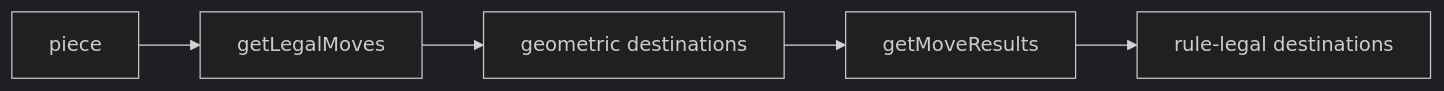
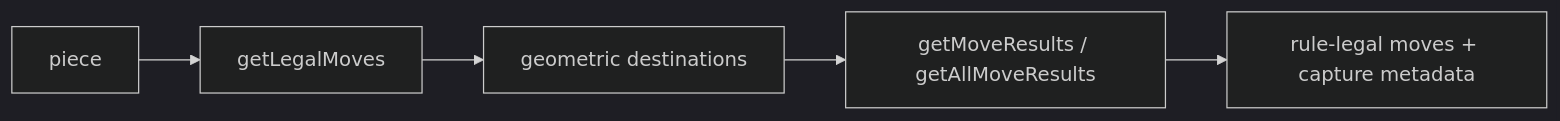
One commit to machxanht/Rek-Khmer-Chess changed the fourth of 7 diagrams in ENGINE_ARCHITECTURE_REK_KHMER.md. Above: the diagram before and after it, drawn with Mermaid (dark theme). The commit also changed other lines of this file and 7 other files, not shown here.

````diff
--- a/ENGINE_ARCHITECTURE_REK_KHMER.md
+++ b/ENGINE_ARCHITECTURE_REK_KHMER.md
@@ -208,7 +221,7 @@
 ```mermaid
 flowchart LR
     P[piece] --> GEO[getLegalMoves]
     GEO --> G[geometric destinations]
-    G --> RULE[getMoveResults]
-    RULE --> R[rule-legal destinations]
+    G --> RULE[getMoveResults / getAllMoveResults]
+    RULE --> R[rule-legal moves + capture metadata]
 ```
````
